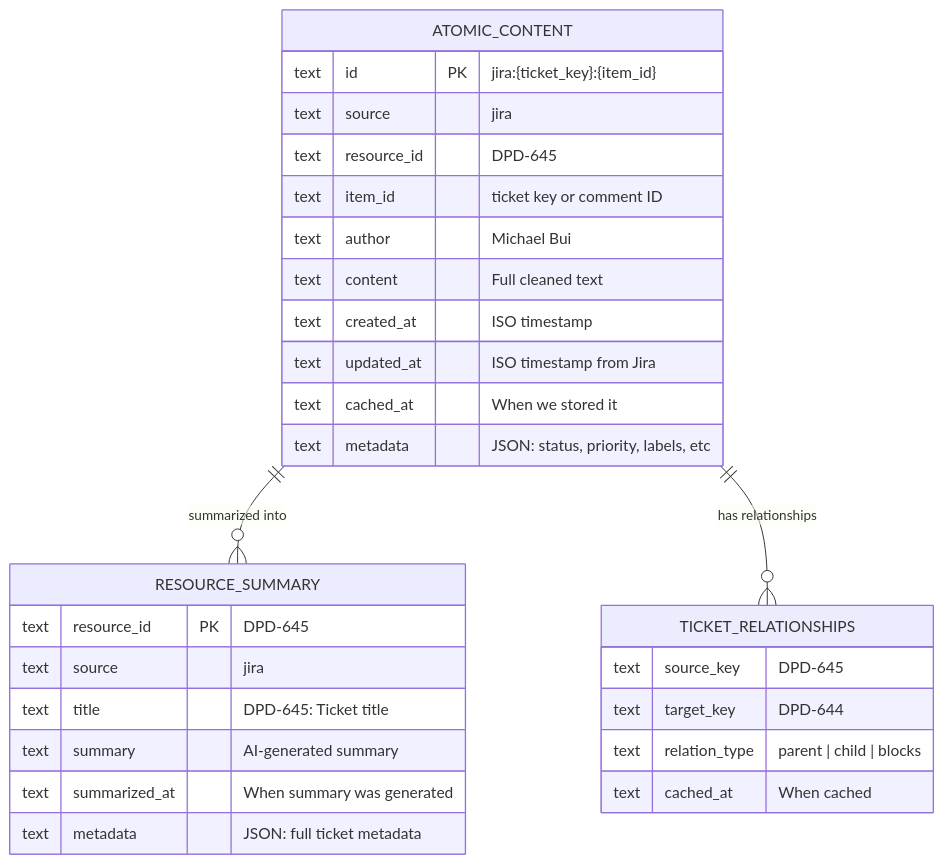
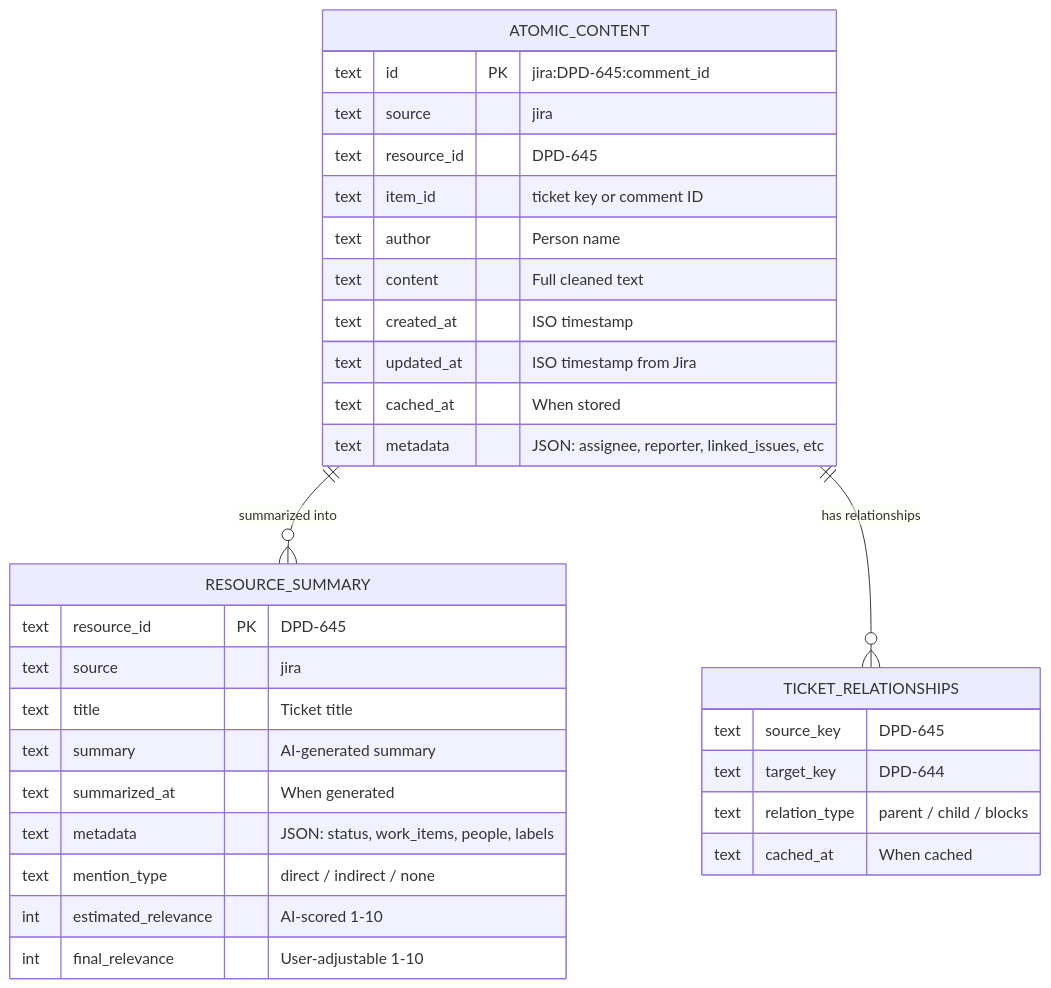
The third of 3 diagrams in skills/jira/_architecture.md (MichaelBui/AgentZero), drawn with Mermaid before and after one commit. The commit also changed other lines of this file and 34 other files, not shown here.

````diff
--- a/skills/jira/_architecture.md
+++ b/skills/jira/_architecture.md
@@ -36,34 +118,37 @@
 ```mermaid
 erDiagram
     ATOMIC_CONTENT {
-        text id PK "jira:{ticket_key}:{item_id}"
+        text id PK "jira:DPD-645:comment_id"
         text source "jira"
         text resource_id "DPD-645"
         text item_id "ticket key or comment ID"
-        text author "Michael Bui"
+        text author "Person name"
         text content "Full cleaned text"
         text created_at "ISO timestamp"
         text updated_at "ISO timestamp from Jira"
-        text cached_at "When we stored it"
-        text metadata "JSON: status, priority, labels, etc"
+        text cached_at "When stored"
+        text metadata "JSON: assignee, reporter, linked_issues, etc"
     }
 
     RESOURCE_SUMMARY {
         text resource_id PK "DPD-645"
         text source "jira"
-        text title "DPD-645: Ticket title"
+        text title "Ticket title"
         text summary "AI-generated summary"
-        text summarized_at "When summary was generated"
-        text metadata "JSON: full ticket metadata"
+        text summarized_at "When generated"
+        text metadata "JSON: status, work_items, people, labels"
+        text mention_type "direct / indirect / none"
+        int estimated_relevance "AI-scored 1-10"
+        int final_relevance "User-adjustable 1-10"
     }
 
     TICKET_RELATIONSHIPS {
         text source_key "DPD-645"
         text target_key "DPD-644"
-        text relation_type "parent | child | blocks"
+        text relation_type "parent / child / blocks"
         text cached_at "When cached"
     }
 
     ATOMIC_CONTENT ||--o{ RESOURCE_SUMMARY : "summarized into"
     ATOMIC_CONTENT ||--o{ TICKET_RELATIONSHIPS : "has relationships"
 ```
````
